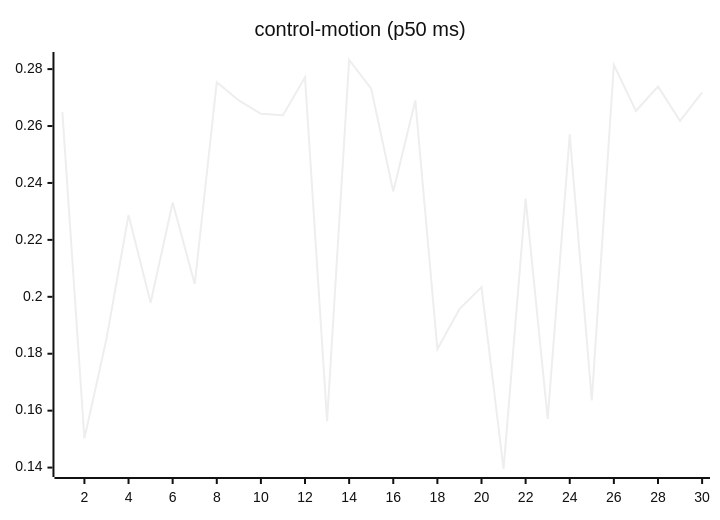
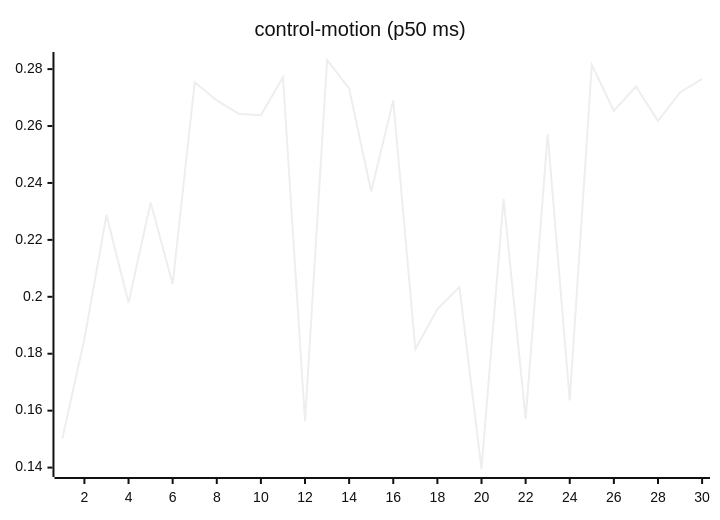
Before and after one commit to josha/Facet: the seventh of 27 diagrams in README.md, drawn with Mermaid (neutral theme). The commit also changed other lines of this file and 2 other files, not shown here.

````diff
--- a/README.md
+++ b/README.md
@@ -105,6 +105,6 @@
 ```mermaid
 xychart-beta
     title "control-motion (p50 ms)"
     x-axis 1 --> 30
-    line [0.2649, 0.1502, 0.1852, 0.2287, 0.1979, 0.2331, 0.2045, 0.2754, 0.2690, 0.2643, 0.2638, 0.2771, 0.1563, 0.2832, 0.2731, 0.2370, 0.2690, 0.1816, 0.1957, 0.2034, 0.1395, 0.2345, 0.1571, 0.2571, 0.1636, 0.2815, 0.2653, 0.2739, 0.2618, 0.2718]
+    line [0.1502, 0.1852, 0.2287, 0.1979, 0.2331, 0.2045, 0.2754, 0.2690, 0.2643, 0.2638, 0.2771, 0.1563, 0.2832, 0.2731, 0.2370, 0.2690, 0.1816, 0.1957, 0.2034, 0.1395, 0.2345, 0.1571, 0.2571, 0.1636, 0.2815, 0.2653, 0.2739, 0.2618, 0.2718, 0.2766]
 ```
````
